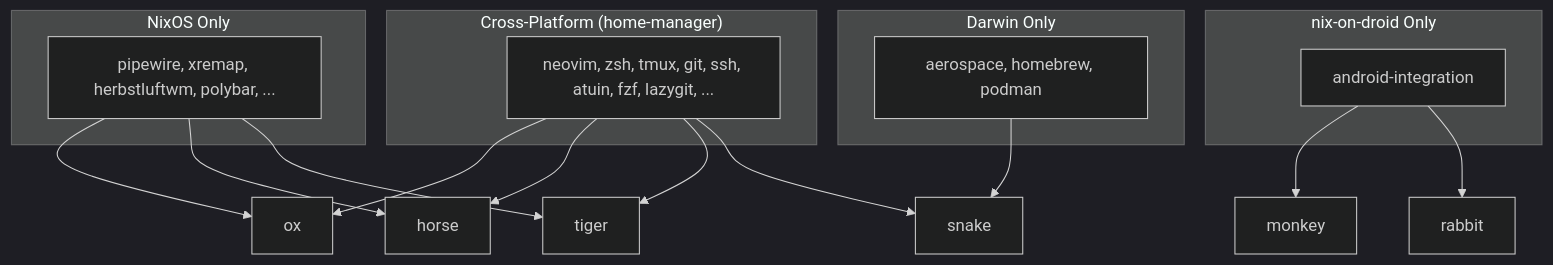
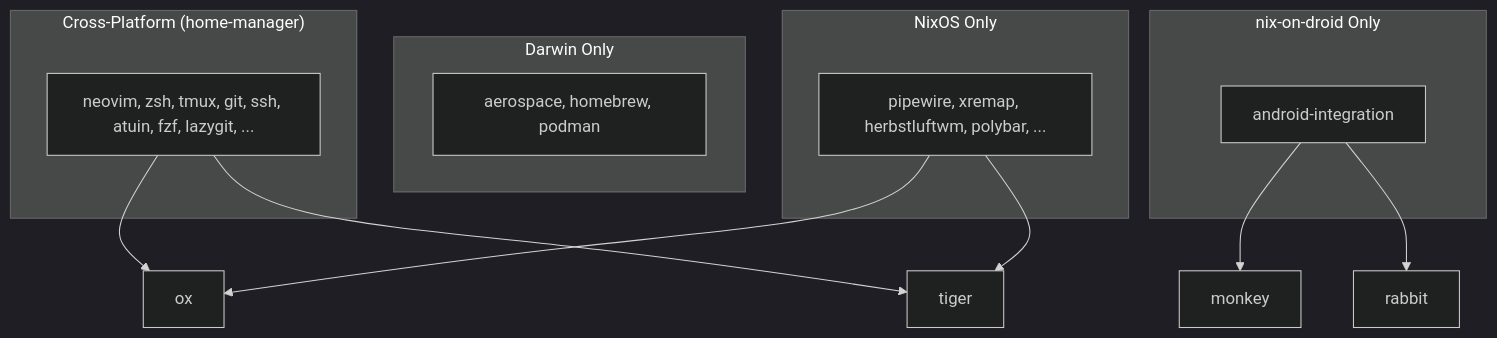
One commit to idjoo/dotfiles changed the tenth of 15 diagrams in docs/ARCHITECTURE.md. Above: the diagram before and after it, drawn with Mermaid (dark theme). The commit also changed other lines of this file and 15 other files, not shown here.

First line of the commit message:
chore: 🔥 remove devoteam work identity and horse/snake hosts

````diff
--- a/docs/ARCHITECTURE.md
+++ b/docs/ARCHITECTURE.md
@@ -424,32 +413,27 @@
 ```mermaid
 graph TB
     subgraph "Cross-Platform (home-manager)"
         CP[neovim, zsh, tmux, git, ssh, atuin, fzf, lazygit, ...]
     end
 
     subgraph "NixOS Only"
         NO[pipewire, xremap, herbstluftwm, polybar, ...]
     end
 
     subgraph "Darwin Only"
         DO[aerospace, homebrew, podman]
     end
 
     subgraph "nix-on-droid Only"
         NDO[android-integration]
     end
 
     CP --> OX[ox]
-    CP --> HORSE[horse]
     CP --> TIGER[tiger]
-    CP --> SNAKE[snake]
 
     NO --> OX
-    NO --> HORSE
     NO --> TIGER
-
-    DO --> SNAKE
 
     NDO --> MONKEY[monkey]
     NDO --> RABBIT[rabbit]
 ```
````
